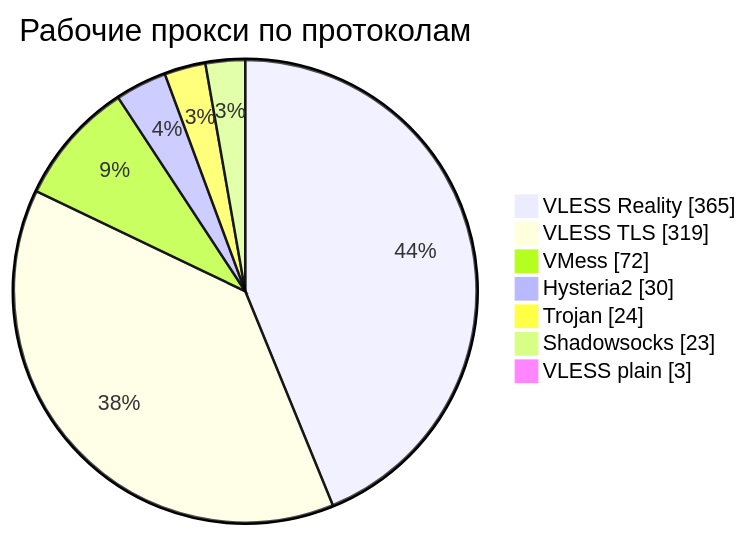
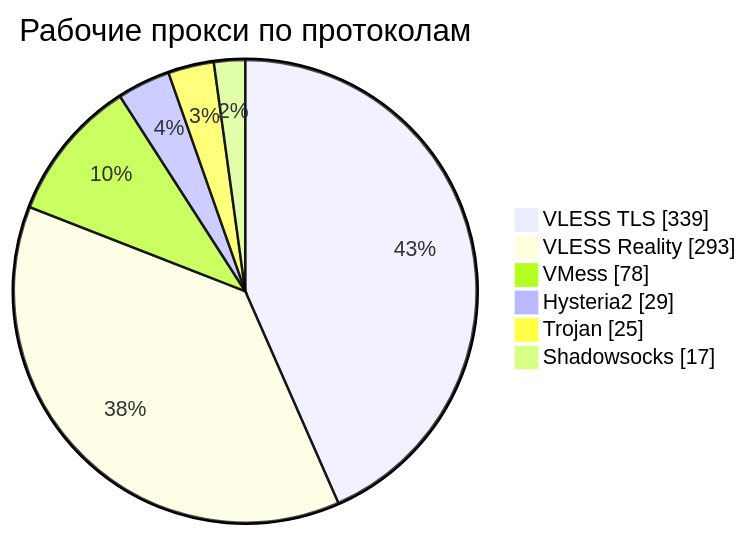
Before and after one commit to rvvg/proxy-subs: the third of 4 diagrams in README.md, drawn with Mermaid. The commit also changed other lines of this file and 47 other files, not shown here.

````diff
--- a/README.md
+++ b/README.md
@@ -135,11 +132,10 @@
 ```mermaid
 pie showData
     title Рабочие прокси по протоколам
-    "VLESS Reality" : 365
-    "VLESS TLS" : 319
-    "VMess" : 72
-    "Hysteria2" : 30
-    "Trojan" : 24
-    "Shadowsocks" : 23
-    "VLESS plain" : 3
+    "VLESS TLS" : 339
+    "VLESS Reality" : 293
+    "VMess" : 78
+    "Hysteria2" : 29
+    "Trojan" : 25
+    "Shadowsocks" : 17
 ```
````
